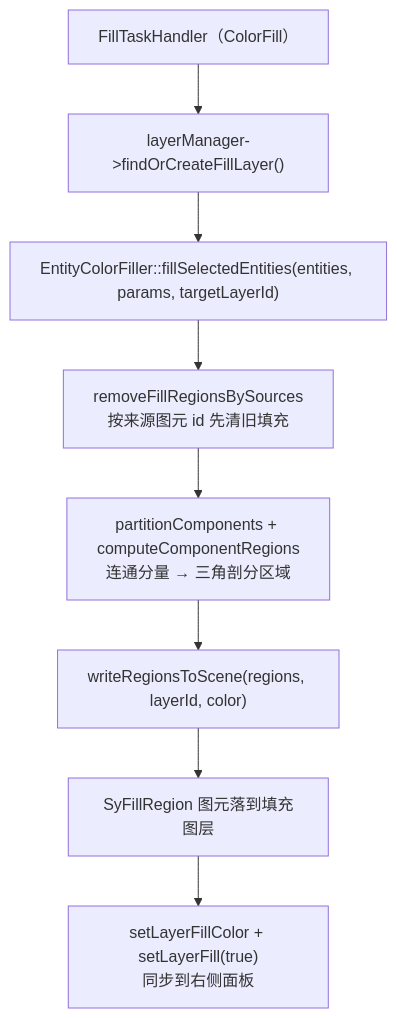
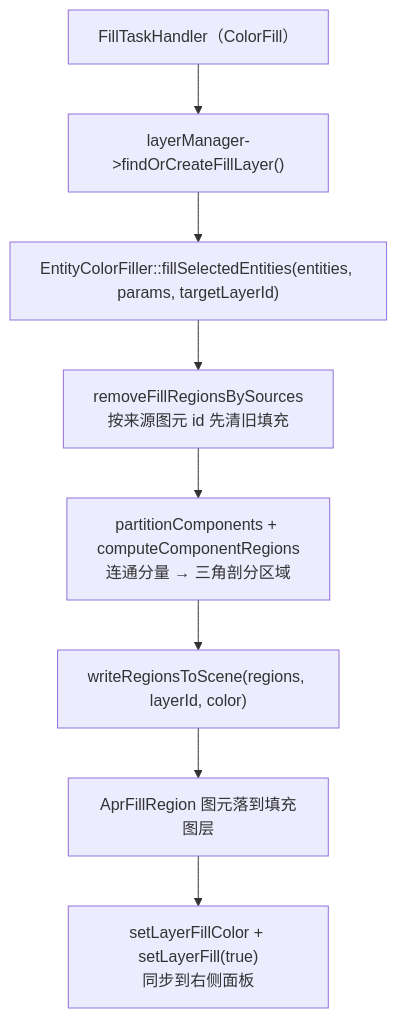
The tenth of 12 diagrams in Docs/01-当前架构/图层.md (yulinxx/CAD), drawn with Mermaid before and after one commit. The commit also changed other lines of this file and 326 other files, not shown here.

````diff
--- a/Docs/01-当前架构/图层.md
+++ b/Docs/01-当前架构/图层.md
@@ -440,10 +440,10 @@
 ```mermaid
 flowchart TD
     A["FillTaskHandler（ColorFill）"] --> B["layerManager->findOrCreateFillLayer()"]
     B --> C["EntityColorFiller::fillSelectedEntities(entities, params, targetLayerId)"]
     C --> D["removeFillRegionsBySources<br/>按来源图元 id 先清旧填充"]
     D --> E["partitionComponents + computeComponentRegions<br/>连通分量 → 三角剖分区域"]
     E --> F["writeRegionsToScene(regions, layerId, color)"]
-    F --> G["SyFillRegion 图元落到填充图层"]
+    F --> G["AprFillRegion 图元落到填充图层"]
     G --> H["setLayerFillColor + setLayerFill(true)<br/>同步到右侧面板"]
 ```
````
